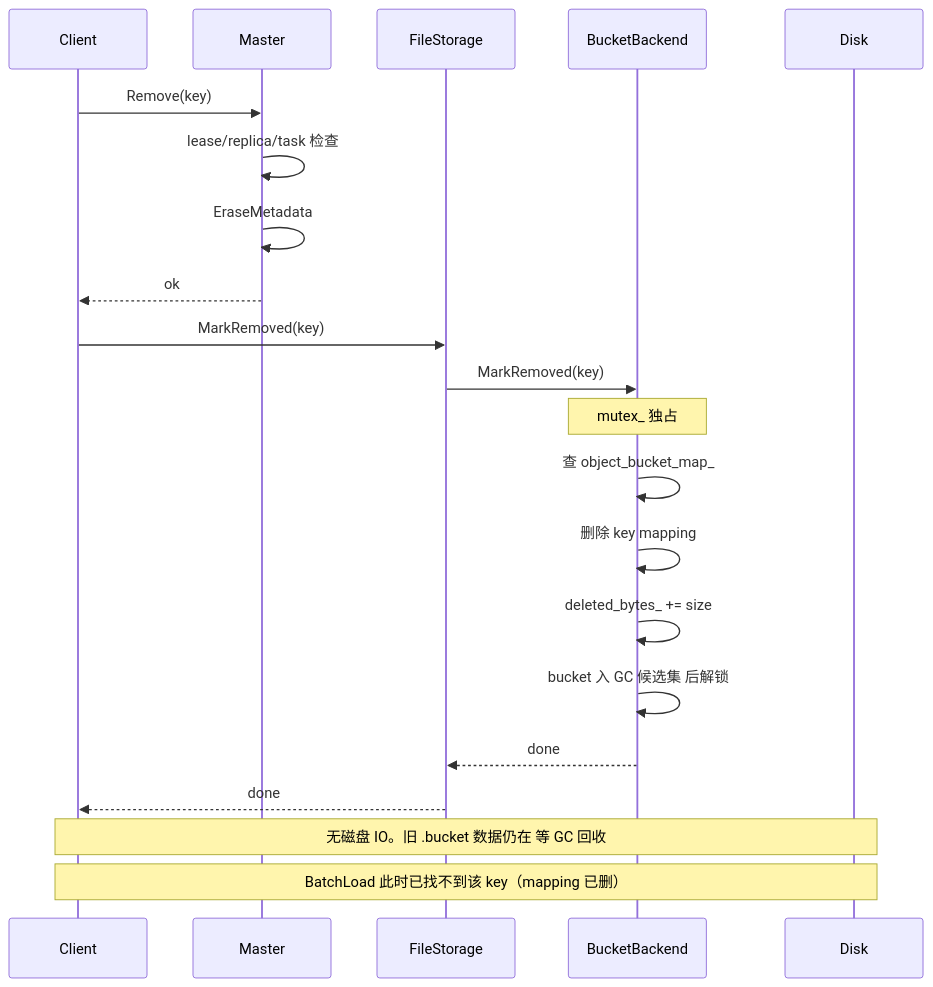
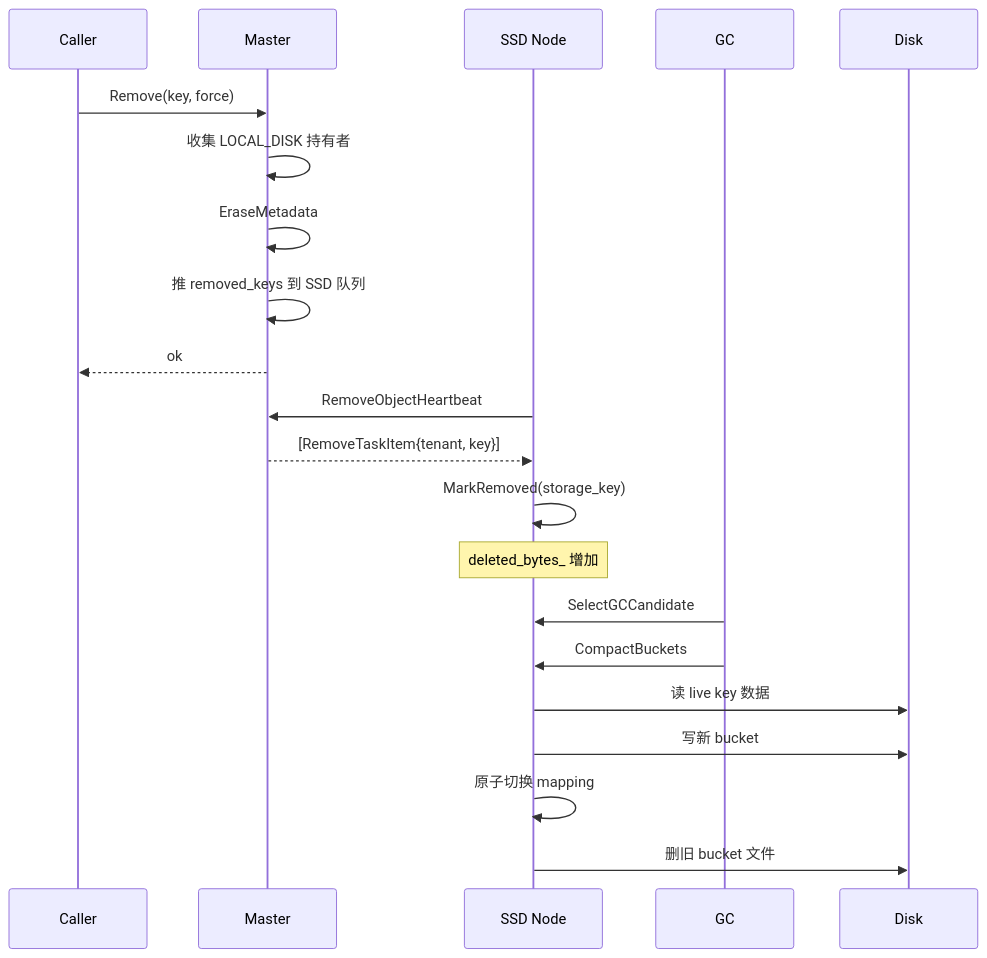
One commit to LinQuickDev/Mooncake changed the first of 2 diagrams in docs/superpowers/specs/2026-06-25-ssd-explicit-delete-gc-design.md. Above: the diagram before and after it, drawn with Mermaid. The commit also changed other lines of this file and 1 other file, not shown here.

First line of the commit message:
docs: update design spec with RemoveObjectHeartbeat + cross-bucket merge

````diff
--- a/docs/superpowers/specs/2026-06-25-ssd-explicit-delete-gc-design.md
+++ b/docs/superpowers/specs/2026-06-25-ssd-explicit-delete-gc-design.md
@@ -507,24 +170,26 @@
 ```mermaid
 sequenceDiagram
-    participant Client
+    participant Caller
     participant Master
-    participant FS as FileStorage
-    participant BB as BucketBackend
+    participant SSD as SSD Node
+    participant GC
     participant Disk
 
-    Client->>Master: Remove(key)
-    Master->>Master: lease/replica/task 检查
+    Caller->>Master: Remove(key, force)
+    Master->>Master: 收集 LOCAL_DISK 持有者
     Master->>Master: EraseMetadata
-    Master-->>Client: ok
-    Client->>FS: MarkRemoved(key)
-    FS->>BB: MarkRemoved(key)
-    Note over BB: mutex_ 独占
-    BB->>BB: 查 object_bucket_map_
-    BB->>BB: 删除 key mapping
-    BB->>BB: deleted_bytes_ += size
-    BB->>BB: bucket 入 GC 候选集 后解锁
-    BB-->>FS: done
-    FS-->>Client: done
-    Note over Client,Disk: 无磁盘 IO。旧 .bucket 数据仍在 等 GC 回收
-    Note over Client,Disk: BatchLoad 此时已找不到该 key（mapping 已删）
+    Master->>Master: 推 removed_keys 到 SSD 队列
+    Master-->>Caller: ok
+
+    SSD->>Master: RemoveObjectHeartbeat
+    Master-->>SSD: [RemoveTaskItem{tenant, key}]
+    SSD->>SSD: MarkRemoved(storage_key)
+    Note over SSD: deleted_bytes_ 增加
+
+    GC->>SSD: SelectGCCandidate
+    GC->>SSD: CompactBuckets
+    SSD->>Disk: 读 live key 数据
+    SSD->>Disk: 写新 bucket
+    SSD->>SSD: 原子切换 mapping
+    SSD->>Disk: 删旧 bucket 文件
 ```
````
